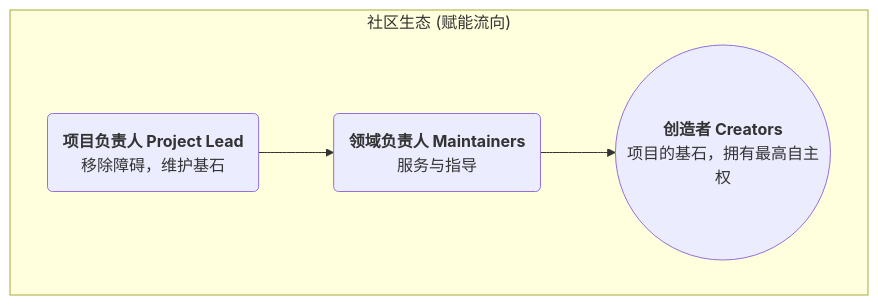
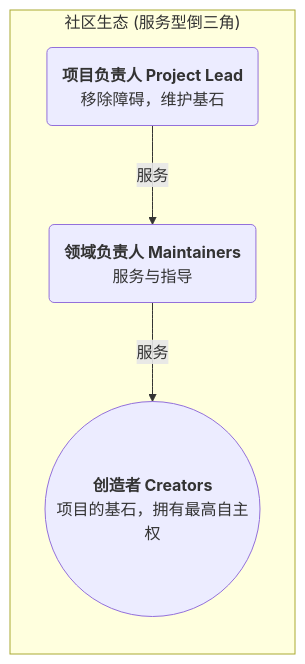
Before and after one commit to rainbow-loong/OneMind: the diagram in doc/open-source-governance/GOVERNANCE_CHARTER.md, drawn with Mermaid.

````diff
--- a/doc/open-source-governance/GOVERNANCE_CHARTER.md
+++ b/doc/open-source-governance/GOVERNANCE_CHARTER.md
@@ -36,7 +36,11 @@
     ```mermaid
-    graph TD
-        subgraph "社区生态 (赋能流向)"
-            P("<b>项目负责人 Project Lead</b><br>移除障碍，维护基石") --> M("<b>领域负责人 Maintainers</b><br>服务与指导")
-            M --> C((<b>创造者 Creators</b><br>项目的基石，拥有最高自主权))
+    graph BT
+        subgraph "社区生态 (服务型倒三角)"
+            C((<b>创造者 Creators</b><br>项目的基石，拥有最高自主权))
+            M("<b>领域负责人 Maintainers</b><br>服务与指导")
+            P("<b>项目负责人 Project Lead</b><br>移除障碍，维护基石")
+
+            P -- 服务 --> M
+            M -- 服务 --> C
         end
     ```
````
